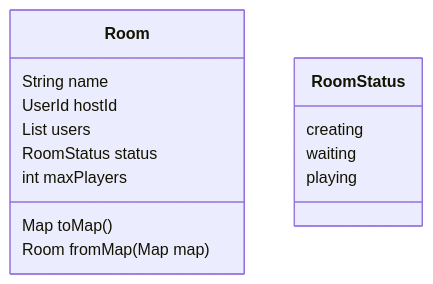
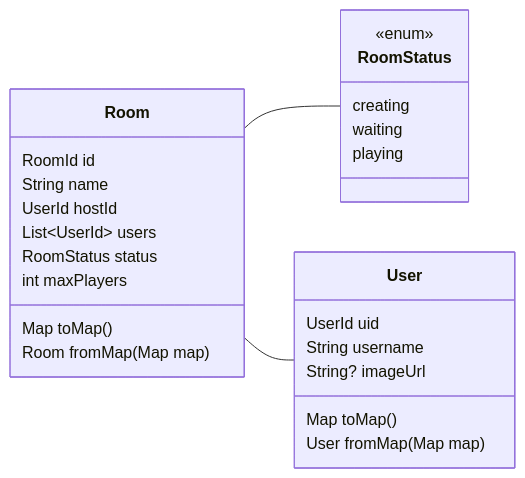
Before and after one commit to cp-23fam/portes_ouvertes: the diagram in README.md, drawn with Mermaid. The commit also changed other lines of this file, not shown here.

Commit message:
README update

````diff
--- a/README.md
+++ b/README.md
@@ -5,19 +5,35 @@
 ```mermaid
 classDiagram
+    direction LR
+
+    Room -- RoomStatus
+    Room -- User
+
     class Room {
+        RoomId id
         String name
         UserId hostId
-        List<UserId> users
+        List~UserId~ users
         RoomStatus status
         int maxPlayers
 
         Map toMap()
         Room fromMap(Map map)
     }
 
     class RoomStatus {
+        <<enum>>
         creating
         waiting
         playing
     }
+
+    class User {
+        UserId uid
+        String username
+        String? imageUrl
+
+        Map toMap()
+        User fromMap(Map map)
+    }
 ```
````
